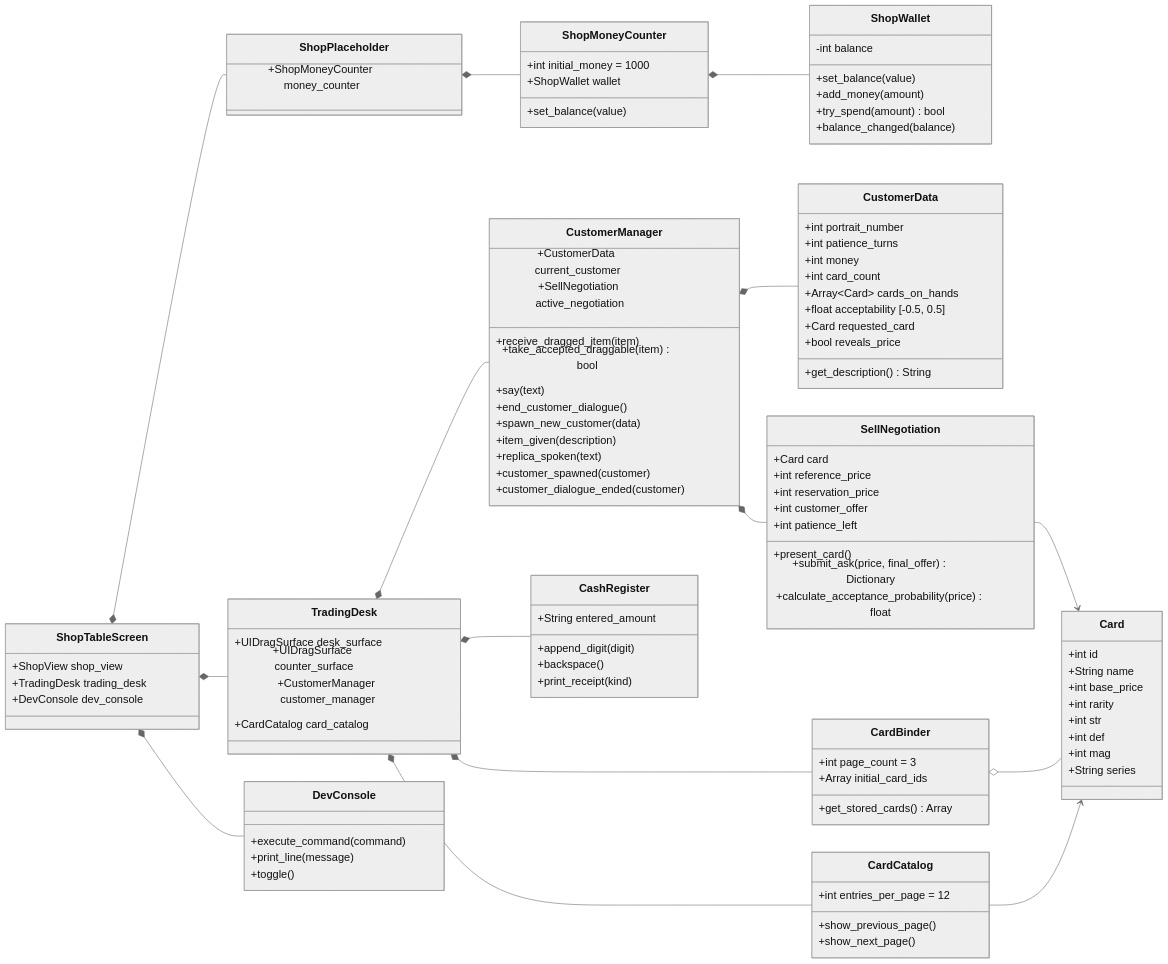
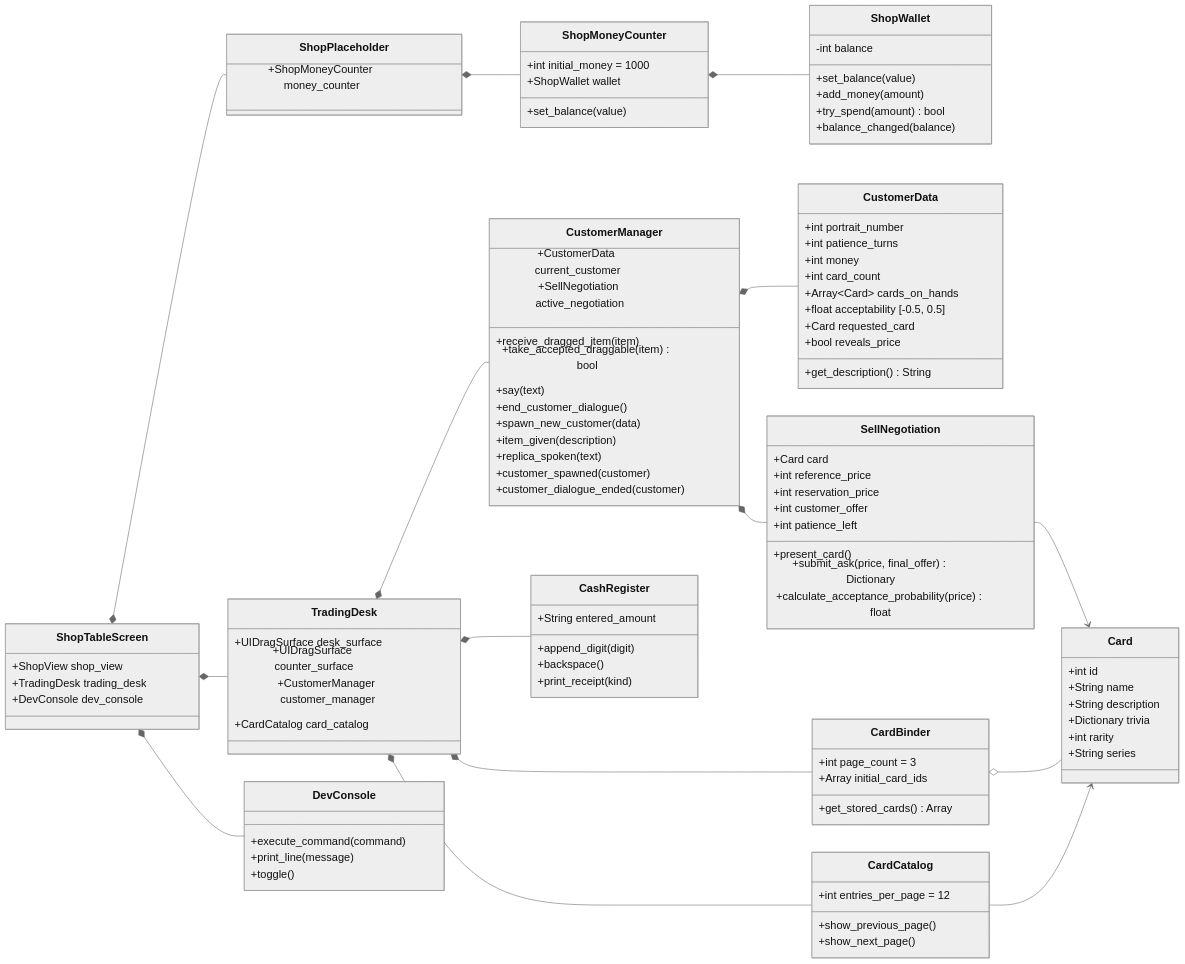
Before and after one commit to Irbis888/CardTradingGame: the first of 2 diagrams in docs/project_structure.md, drawn with Mermaid. The commit also changed other lines of this file and 18 other files, not shown here.

```diff
--- a/docs/project_structure.md
+++ b/docs/project_structure.md
@@ -131,11 +131,9 @@
     class Card {
         +int id
         +String name
-        +int base_price
+        +String description
+        +Dictionary trivia
         +int rarity
-        +int str
-        +int def
-        +int mag
         +String series
     }
 
```
